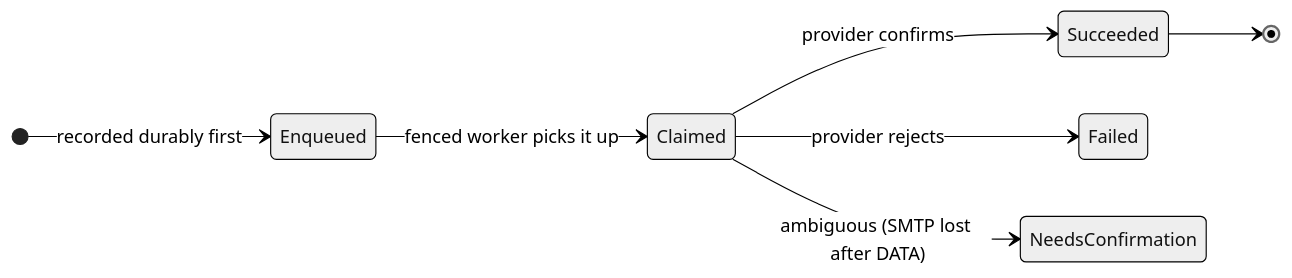
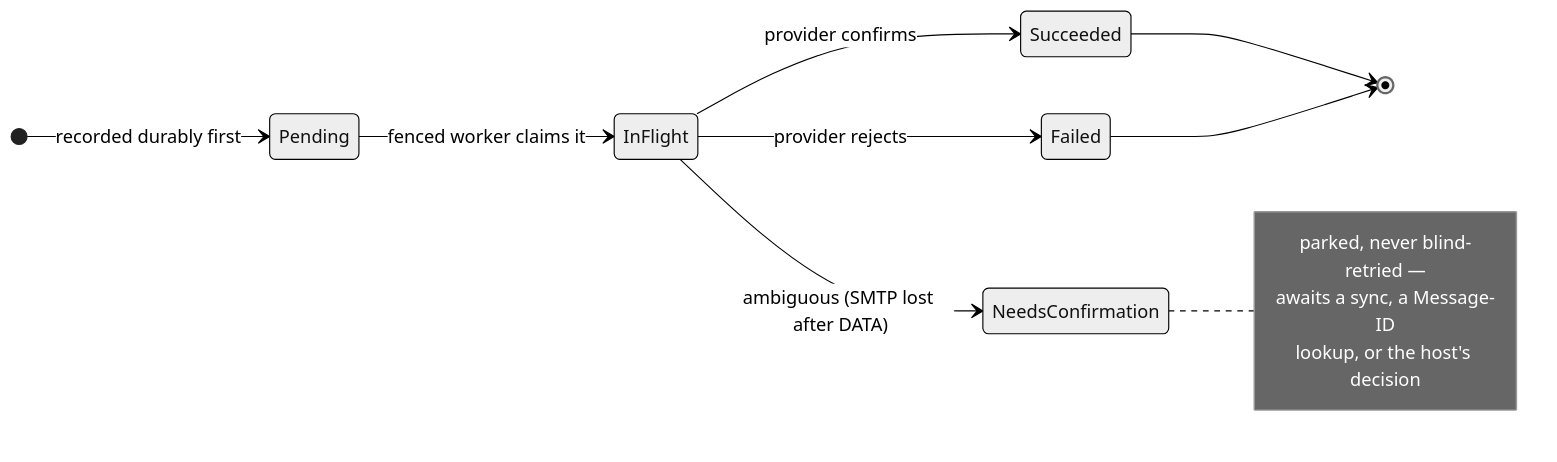
Before and after one commit to allodia-eu/email-calendar-sync-engine: the third of 3 diagrams in README.md, drawn with Mermaid (neutral theme). The commit also changed other lines of this file and 1 other file, not shown here.

````diff
--- a/README.md
+++ b/README.md
@@ -246,10 +290,16 @@
 ```mermaid
 stateDiagram-v2
     direction LR
-    [*] --> Enqueued: recorded durably first
-    Enqueued --> Claimed: fenced worker picks it up
-    Claimed --> Succeeded: provider confirms
-    Claimed --> Failed: provider rejects
-    Claimed --> NeedsConfirmation: ambiguous (SMTP lost after DATA)
+    [*] --> Pending: recorded durably first
+    Pending --> InFlight: fenced worker claims it
+    InFlight --> Succeeded: provider confirms
+    InFlight --> Failed: provider rejects
+    InFlight --> NeedsConfirmation: ambiguous (SMTP lost after DATA)
     Succeeded --> [*]
+    Failed --> [*]
+    note right of NeedsConfirmation
+        parked, never blind-retried —
+        awaits a sync, a Message-ID
+        lookup, or the host's decision
+    end note
 ```
````
